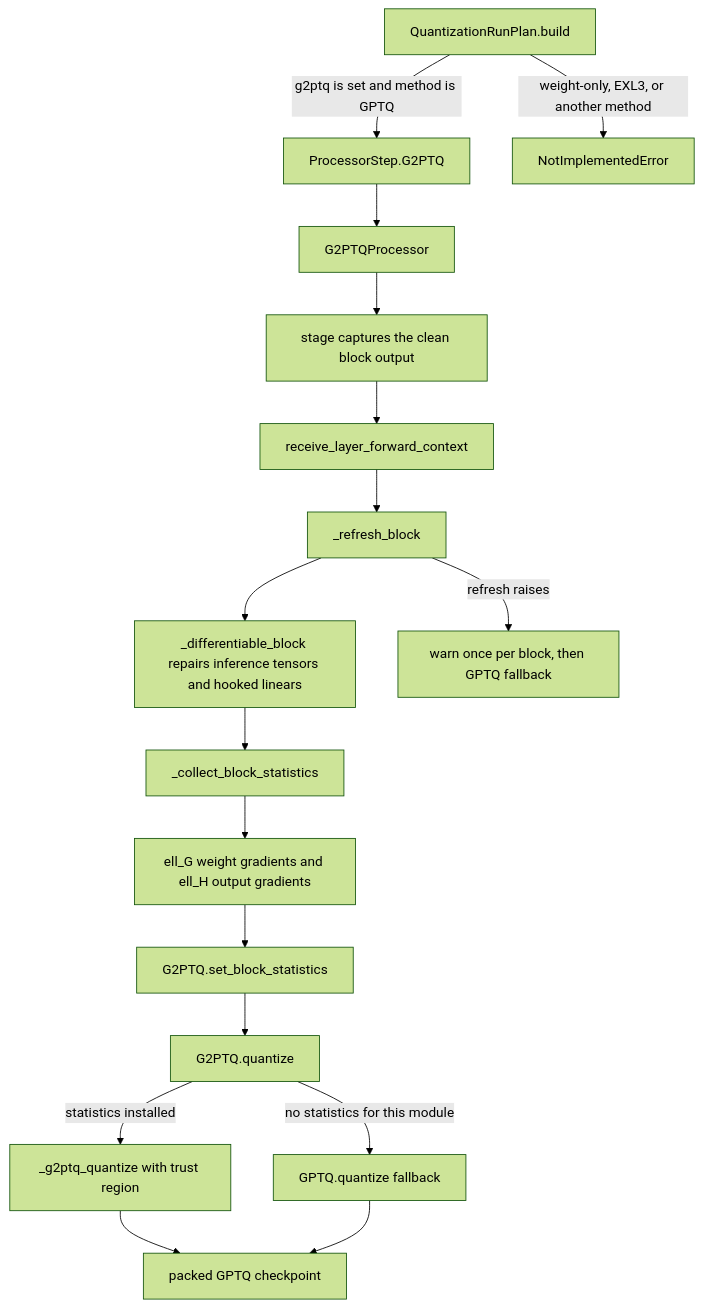
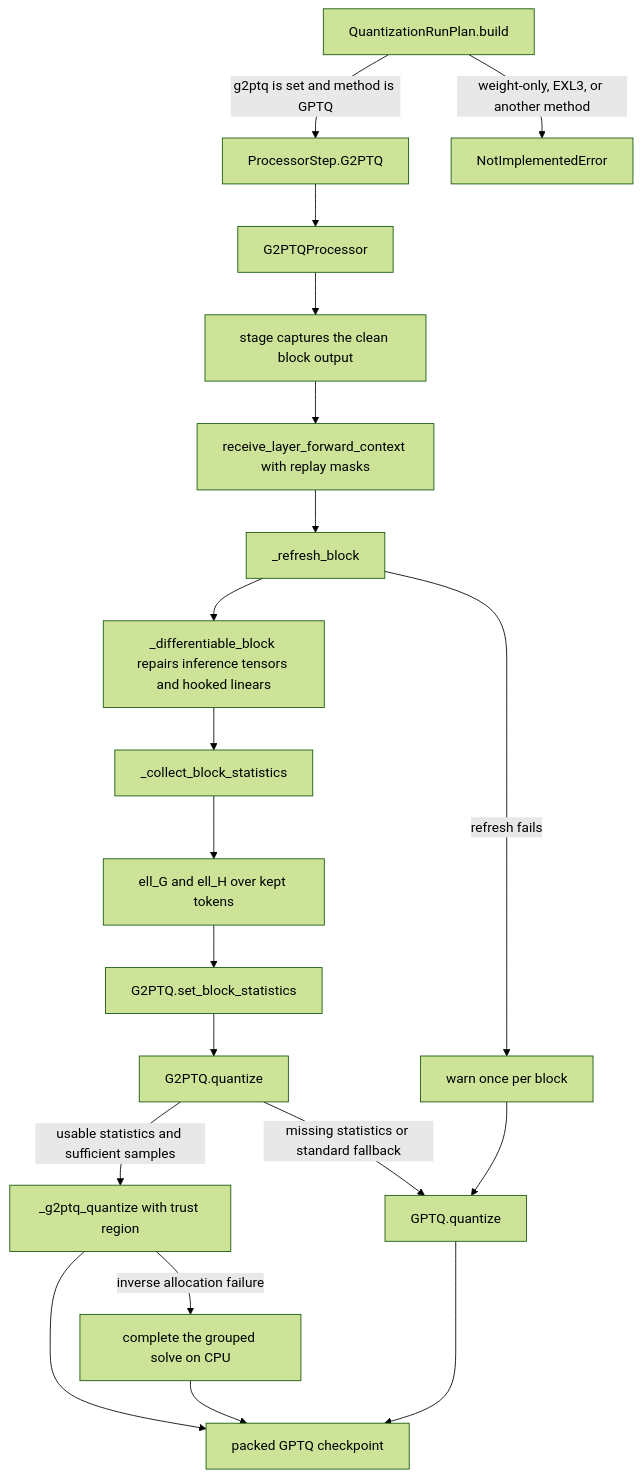
The second of 2 diagrams in docs/g2ptq.md (ModelCloud/GPTQModel), drawn with Mermaid (forest theme) before and after one commit. The commit also changed other lines of this file and 10 other files, not shown here.

Commit message:
fix(g2ptq): preserve replay and grouped solve correctness

````diff
--- a/docs/g2ptq.md
+++ b/docs/g2ptq.md
@@ -55,19 +55,22 @@
 ```mermaid
 flowchart TD
     A["QuantizationRunPlan.build"] -->|"g2ptq is set and method is GPTQ"| B["ProcessorStep.G2PTQ"]
     A -->|"weight-only, EXL3, or another method"| X["NotImplementedError"]
     B --> C["G2PTQProcessor"]
     C --> D["stage captures the clean block output"]
-    D --> E["receive_layer_forward_context"]
+    D --> E["receive_layer_forward_context with replay masks"]
     E --> F["_refresh_block"]
     F --> G["_differentiable_block repairs inference tensors and hooked linears"]
     G --> H["_collect_block_statistics"]
-    H --> I["ell_G weight gradients and ell_H output gradients"]
+    H --> I["ell_G and ell_H over kept tokens"]
     I --> J["G2PTQ.set_block_statistics"]
     J --> K["G2PTQ.quantize"]
-    K -->|"statistics installed"| L["_g2ptq_quantize with trust region"]
-    K -->|"no statistics for this module"| M["GPTQ.quantize fallback"]
-    F -->|"refresh raises"| N["warn once per block, then GPTQ fallback"]
+    K -->|"usable statistics and sufficient samples"| L["_g2ptq_quantize with trust region"]
+    K -->|"missing statistics or standard fallback"| M["GPTQ.quantize"]
+    F -->|"refresh fails"| N["warn once per block"]
+    N --> M
+    L -->|"inverse allocation failure"| P["complete the grouped solve on CPU"]
     L --> O["packed GPTQ checkpoint"]
+    P --> O
     M --> O
 ```
````
